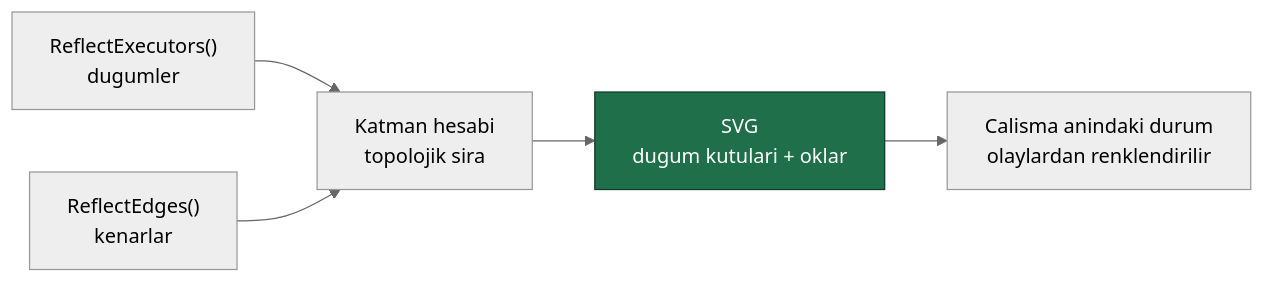
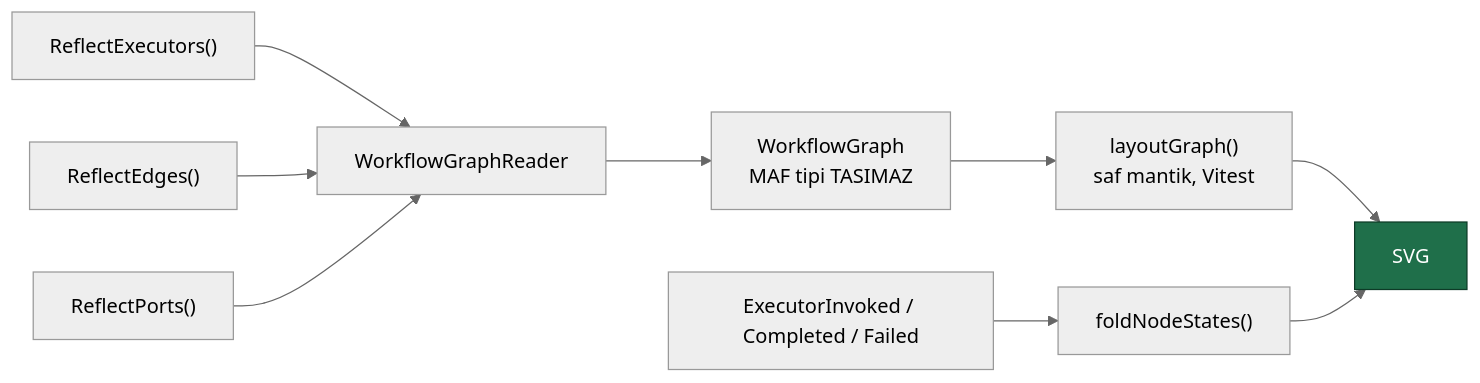
Before and after one commit to farukatasoy/Tracon: the second of 3 diagrams in docs/16-WORKFLOWS-ARAYUZ.md, drawn with Mermaid (neutral theme). The commit also changed other lines of this file and 56 other files, not shown here.

````diff
--- a/docs/16-WORKFLOWS-ARAYUZ.md
+++ b/docs/16-WORKFLOWS-ARAYUZ.md
@@ -124,9 +162,13 @@
 ```mermaid
 flowchart LR
-    A["ReflectExecutors()<br/>dugumler"] --> L["Katman hesabi<br/>topolojik sira"]
-    B["ReflectEdges()<br/>kenarlar"] --> L
-    L --> S["SVG<br/>dugum kutulari + oklar"]
-    S --> H["Calisma anindaki durum<br/>olaylardan renklendirilir"]
+    A["ReflectExecutors()"] --> R["WorkflowGraphReader"]
+    B["ReflectEdges()"] --> R
+    P["ReflectPorts()"] --> R
+    R --> G["WorkflowGraph<br/>MAF tipi TASIMAZ"]
+    G --> L["layoutGraph()<br/>saf mantik, Vitest"]
+    L --> S["SVG"]
+    E["ExecutorInvoked / Completed / Failed"] --> F["foldNodeStates()"]
+    F --> S
 
     style S fill:#1f6f4a,stroke:#0d3b27,color:#ffffff
 ```
````
